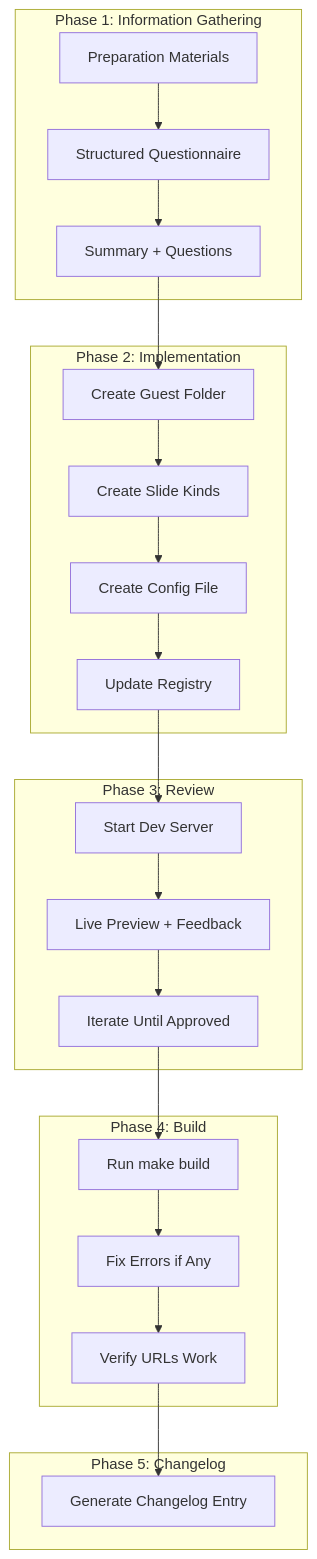
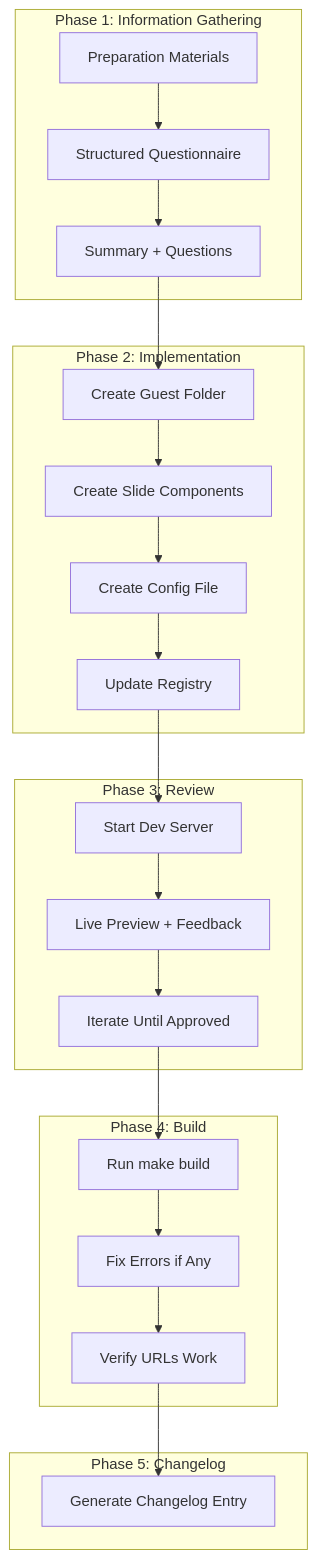
Before and after one commit to plantonhq/planton: the diagram in _changelog/2026-01/2026-01-22-112339-meets-deck-rules-and-build-system.md, drawn with Mermaid. The commit also changed other lines of this file and 652 other files, not shown here.

First line of the commit message:
docs,fix: every word decided by meaning -- catalog kinds, Infra Components, provider resources and Infra Stacks across docs, skills, rules, records and code comments

````diff
--- a/_changelog/2026-01/2026-01-22-112339-meets-deck-rules-and-build-system.md
+++ b/_changelog/2026-01/2026-01-22-112339-meets-deck-rules-and-build-system.md
@@ -34,30 +34,30 @@
 ```mermaid
 flowchart TB
     subgraph phase1[Phase 1: Information Gathering]
         materials[Preparation Materials] --> questionnaire[Structured Questionnaire]
         questionnaire --> summary[Summary + Questions]
     end
 
     subgraph phase2[Phase 2: Implementation]
         summary --> folder[Create Guest Folder]
-        folder --> slides[Create Slide Kinds]
+        folder --> slides[Create Slide Components]
         slides --> config[Create Config File]
         config --> registry[Update Registry]
     end
 
     subgraph phase3[Phase 3: Review]
         registry --> devserver[Start Dev Server]
         devserver --> preview[Live Preview + Feedback]
         preview --> iterate[Iterate Until Approved]
     end
 
     subgraph phase4[Phase 4: Build]
         iterate --> build[Run make build]
         build --> fix[Fix Errors if Any]
         fix --> verify[Verify URLs Work]
     end
 
     subgraph phase5[Phase 5: Changelog]
         verify --> changelog[Generate Changelog Entry]
     end
 ```
````
